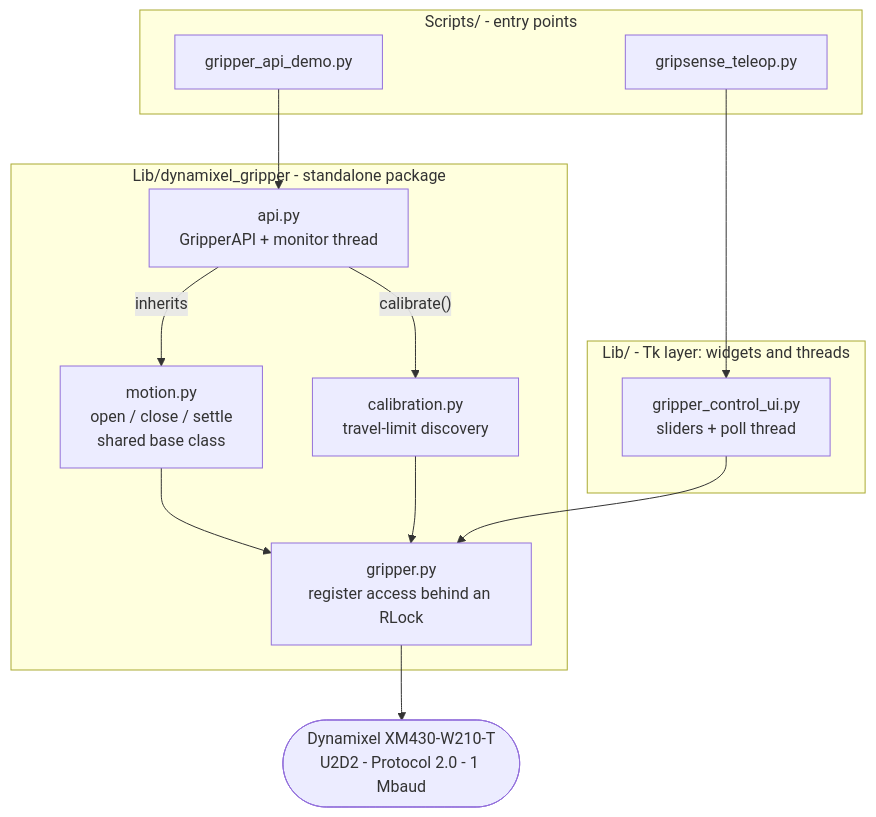
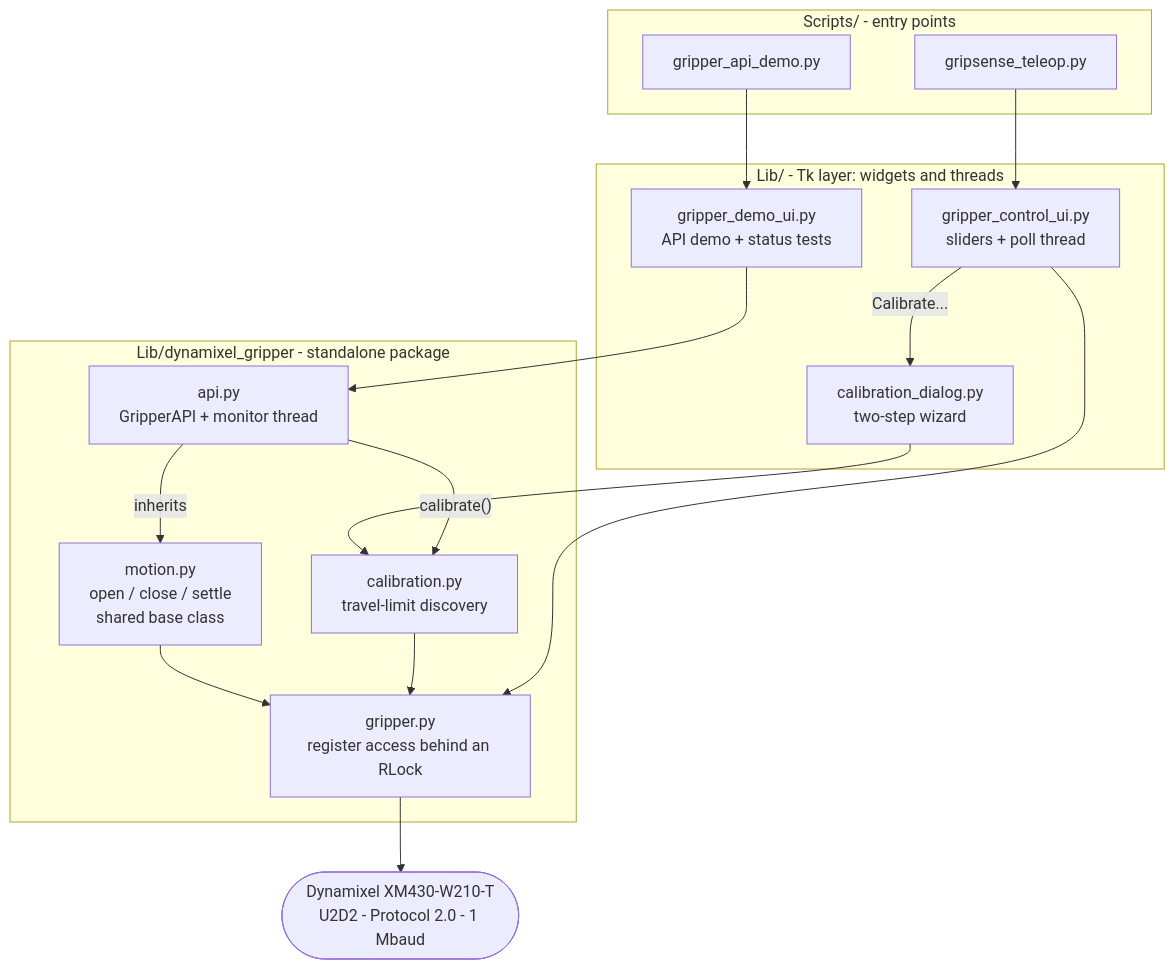
Before and after one commit to MrRox1337/GripSense: the first of 5 diagrams in README.md, drawn with Mermaid. The commit also changed other lines of this file and 3 other files, not shown here.

First line of the commit message:
Turn the API demo into a GUI

````diff
--- a/README.md
+++ b/README.md
@@ -155,29 +162,34 @@
 ```mermaid
 flowchart TB
     subgraph SCRIPTS["Scripts/ - entry points"]
         CTRL["gripsense_teleop.py"]
         DEMO["gripper_api_demo.py"]
     end
 
     subgraph TK["Lib/ - Tk layer: widgets and threads"]
         CONTROLUI["gripper_control_ui.py<br/>sliders + poll thread"]
+        CALIBUI["calibration_dialog.py<br/>two-step wizard"]
+        DEMOUI["gripper_demo_ui.py<br/>API demo + status tests"]
     end
 
     subgraph PKG["Lib/dynamixel_gripper - standalone package"]
         API["api.py<br/>GripperAPI + monitor thread"]
         CALIB["calibration.py<br/>travel-limit discovery"]
         MOTION["motion.py<br/>open / close / settle<br/>shared base class"]
         DRIVER["gripper.py<br/>register access behind an RLock"]
     end
 
     HW(["Dynamixel XM430-W210-T<br/>U2D2 - Protocol 2.0 - 1 Mbaud"])
 
     CTRL --> CONTROLUI
-    DEMO --> API
+    DEMO --> DEMOUI
+    DEMOUI --> API
+    CONTROLUI -- "Calibrate..." --> CALIBUI
+    CALIBUI --> CALIB
     API -- "inherits" --> MOTION
     API -- "calibrate()" --> CALIB
     MOTION --> DRIVER
     CALIB --> DRIVER
     CONTROLUI --> DRIVER
     DRIVER --> HW
 ```
````
